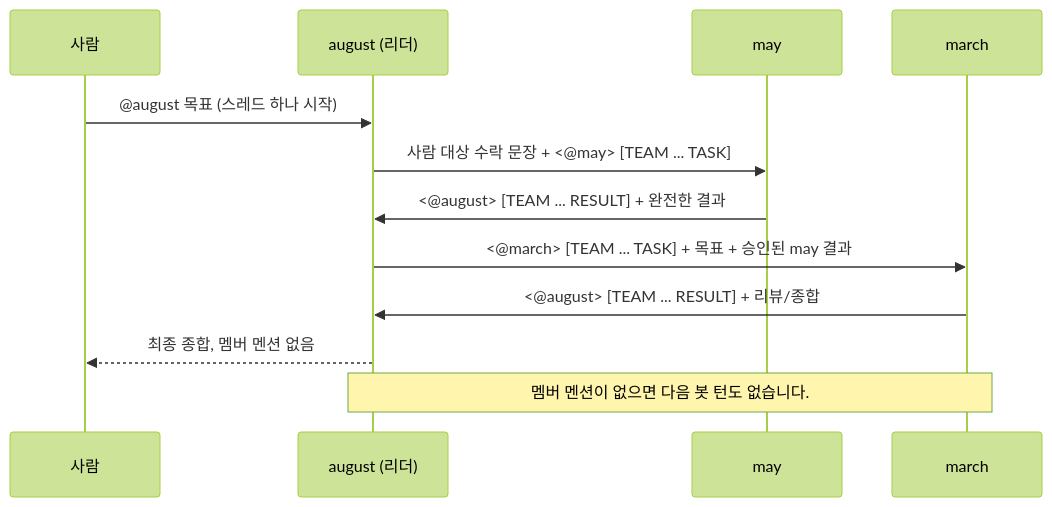
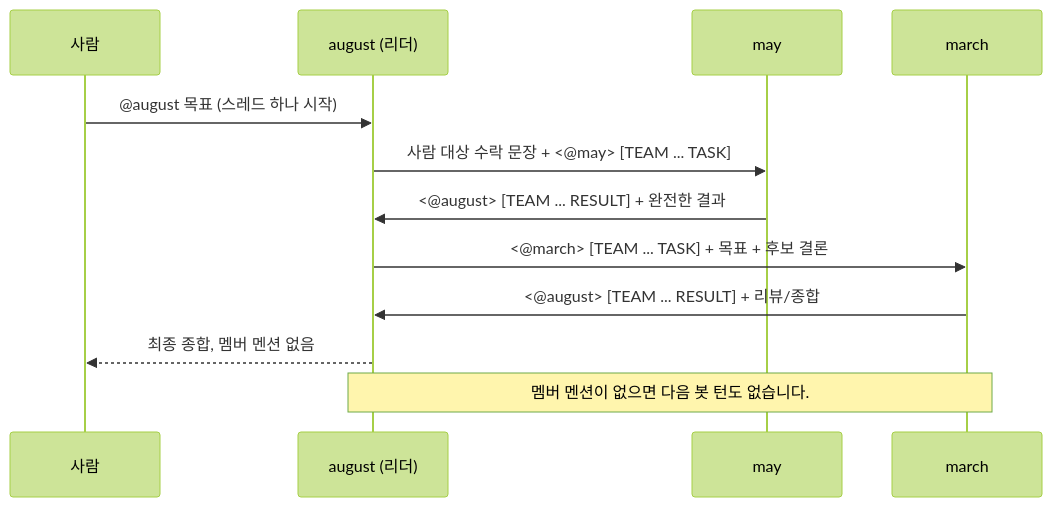
The diagram in docs/ko/advanced/teams/reference.md (jyje/hermes-agent-helm), drawn with Mermaid (forest theme) before and after one commit. The commit also changed other lines of this file and 1 other file, not shown here.

Commit message:
📄 docs(teams): align independent review examples
Show candidate conclusions without prior execution methods or traces in the English and Korean handoff examples.

````diff
--- a/docs/ko/advanced/teams/reference.md
+++ b/docs/ko/advanced/teams/reference.md
@@ -273,15 +273,15 @@
 ```mermaid
 sequenceDiagram
     participant H as 사람
     participant A as august (리더)
     participant M as may
     participant R as march
 
     H->>A: @august 목표 (스레드 하나 시작)
     A->>M: 사람 대상 수락 문장 + <@may> [TEAM ... TASK]
     M->>A: <@august> [TEAM ... RESULT] + 완전한 결과
-    A->>R: <@march> [TEAM ... TASK] + 목표 + 승인된 may 결과
+    A->>R: <@march> [TEAM ... TASK] + 목표 + 후보 결론
     R->>A: <@august> [TEAM ... RESULT] + 리뷰/종합
     A-->>H: 최종 종합, 멤버 멘션 없음
     Note over A,R: 멤버 멘션이 없으면 다음 봇 턴도 없습니다.
 ```
````
